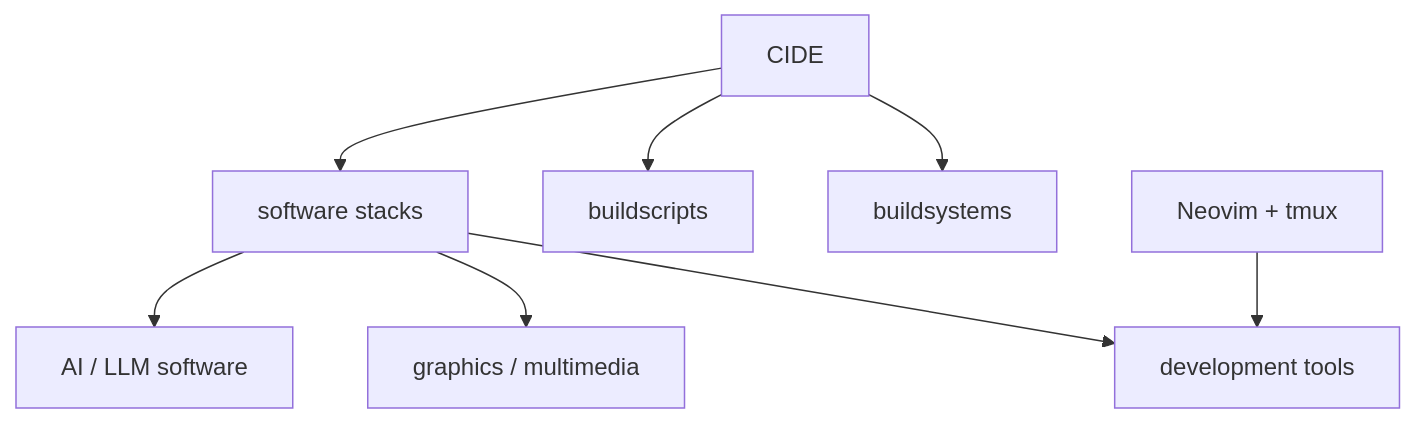
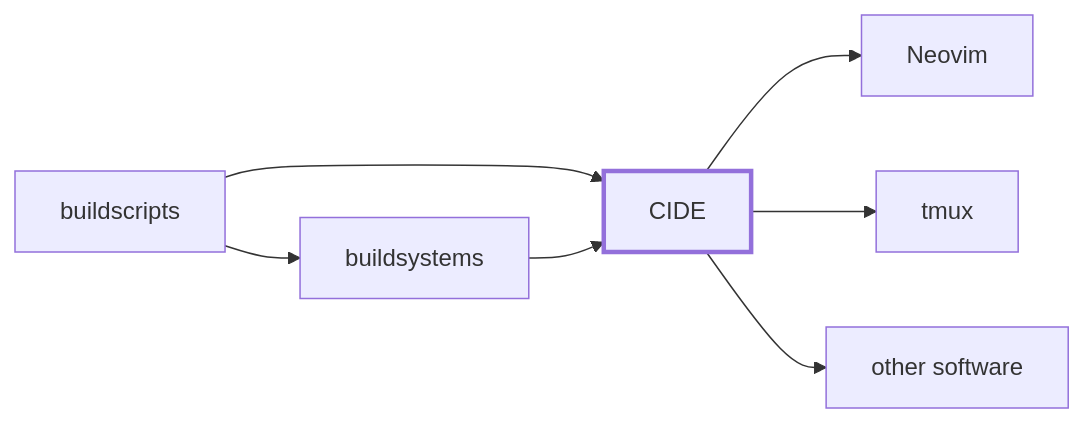
Before and after one commit to witold-k/witold-k: the second of 3 diagrams in README.md, drawn with Mermaid. The commit also changed other lines of this file, not shown here.

Commit message:
Clarify CIDE build dependencies and development environment

````diff
--- a/README.md
+++ b/README.md
@@ -41,11 +41,12 @@
 ```mermaid
-flowchart TD
-    C[CIDE] --> BS[buildsystems]
-    C --> U[buildscripts]
-    C --> STACK[software stacks]
-    STACK --> DEV[development tools]
-    STACK --> MM[graphics / multimedia]
-    STACK --> AI[AI / LLM software]
+flowchart LR
+    S[buildscripts] --> B[buildsystems]
+    S --> C[CIDE]
+    B --> C
 
-    N[Neovim + tmux] --> DEV
+    C --> N[Neovim]
+    C --> T[tmux]
+    C --> O[other software]
+
+    style C stroke-width:3px
 ```
````
